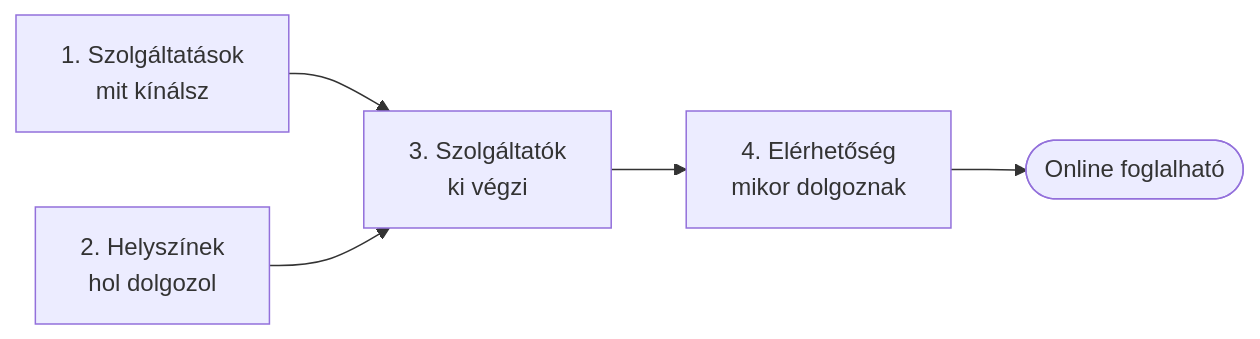
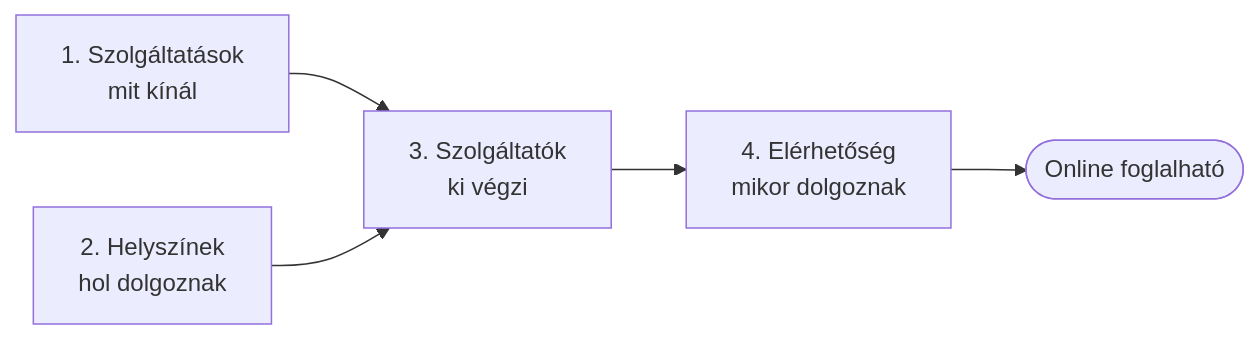
Before and after one commit to hbela/booking-and-more: the third of 5 diagrams in docs/user-guide.hu.md, drawn with Mermaid. The commit also changed other lines of this file and 27 other files, not shown here.

````diff
--- a/docs/user-guide.hu.md
+++ b/docs/user-guide.hu.md
@@ -112,7 +149,7 @@
 ```mermaid
 flowchart LR
-    S[1. Szolgáltatások<br/>mit kínálsz] --> P[3. Szolgáltatók<br/>ki végzi]
-    L[2. Helyszínek<br/>hol dolgozol] --> P
+    S[1. Szolgáltatások<br/>mit kínál] --> P[3. Szolgáltatók<br/>ki végzi]
+    L[2. Helyszínek<br/>hol dolgoznak] --> P
     P --> A[4. Elérhetőség<br/>mikor dolgoznak]
     A --> Live([Online foglalható])
 ```
````
